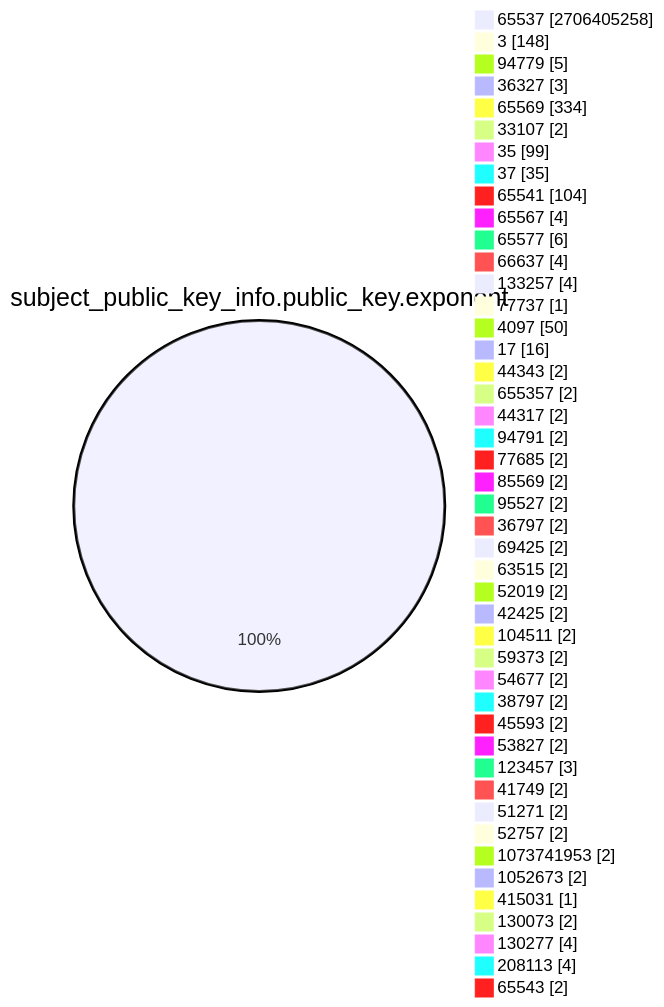
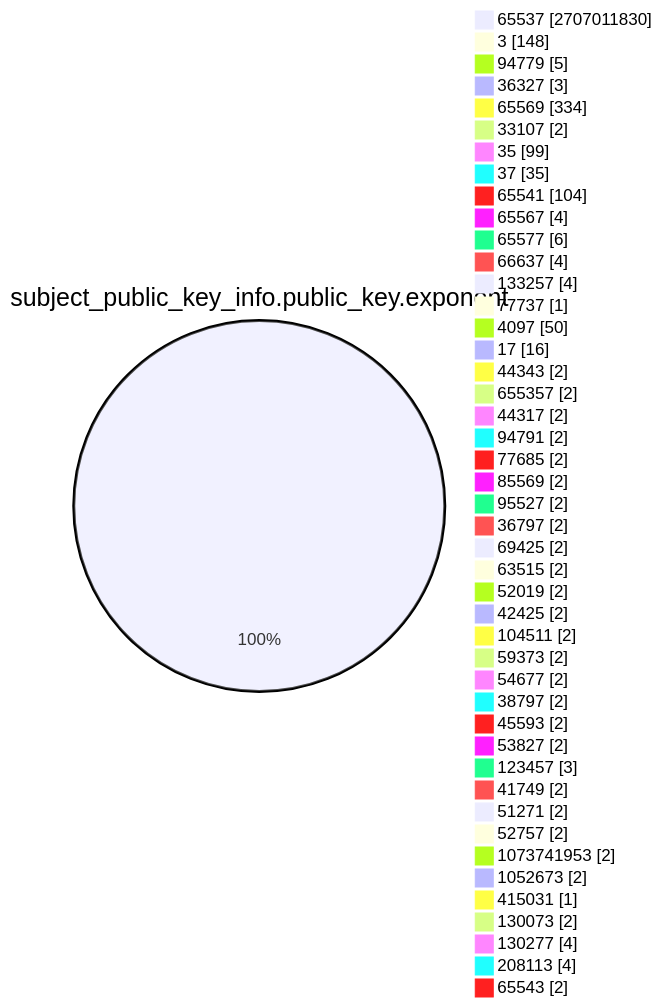
One commit to christiankrug/ctmonitor_visualization changed the fourth of 15 diagrams in TOTAL/README.md. Above: the diagram before and after it, drawn with Mermaid. The commit also changed other lines of this file, not shown here.

````diff
--- a/TOTAL/README.md
+++ b/TOTAL/README.md
@@ -1467,49 +1467,49 @@
 ```mermaid
 pie showData
 title subject_public_key_info.public_key.exponent
-"65537" :2706405258
+"65537" :2707011830
 "3" :148
 "94779" :5
 "36327" :3
 "65569" :334
 "33107" :2
 "35" :99
 "37" :35
 "65541" :104
 "65567" :4
 "65577" :6
 "66637" :4
 "133257" :4
 "77737" :1
 "4097" :50
 "17" :16
 "44343" :2
 "655357" :2
 "44317" :2
 "94791" :2
 "77685" :2
 "85569" :2
 "95527" :2
 "36797" :2
 "69425" :2
 "63515" :2
 "52019" :2
 "42425" :2
 "104511" :2
 "59373" :2
 "54677" :2
 "38797" :2
 "45593" :2
 "53827" :2
 "123457" :3
 "41749" :2
 "51271" :2
 "52757" :2
 "1073741953" :2
 "1052673" :2
 "415031" :1
 "130073" :2
 "130277" :4
 "208113" :4
 "65543" :2
 ```
````
